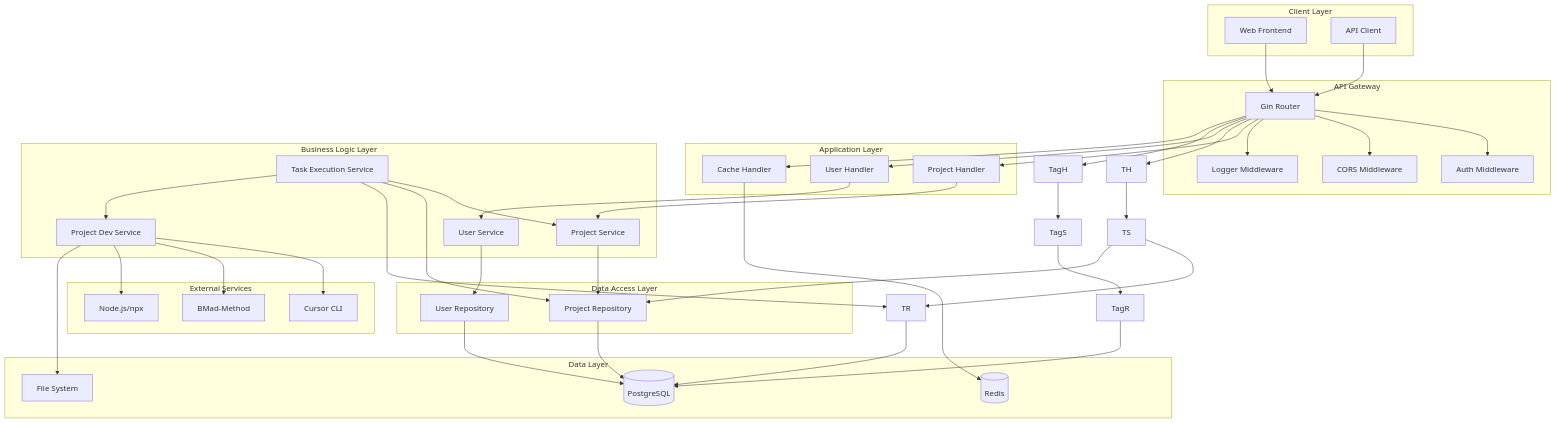
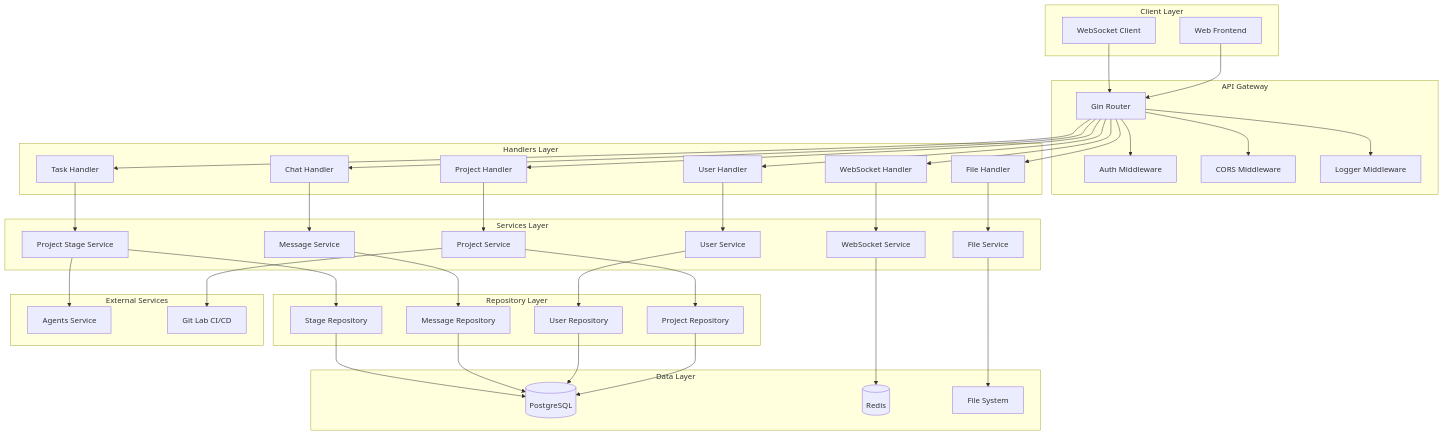
The first of 6 diagrams in backend/architect/ARCHITECTURE.md (lighthought/app-maker), drawn with Mermaid before and after one commit. The commit also changed other lines of this file and 18 other files, not shown here.

````diff
--- a/backend/architect/ARCHITECTURE.md
+++ b/backend/architect/ARCHITECTURE.md
@@ -10,7 +10,7 @@
 graph TB
     subgraph "Client Layer"
         Web[Web Frontend]
-        API[API Client]
+        WS[WebSocket Client]
     end
     
     subgraph "API Gateway"
@@ -20,72 +20,75 @@
         Logger[Logger Middleware]
     end
     
-    subgraph "Application Layer"
+    subgraph "Handlers Layer"
         PH[Project Handler]
         UH[User Handler]
-        CH[Cache Handler]
+        FH[File Handler]
+        CH[Chat Handler]
+        TH[Task Handler]
+        WH[WebSocket Handler]
     end
     
-    subgraph "Business Logic Layer"
+    subgraph "Services Layer"
         PS[Project Service]
-        TES[Task Execution Service]
-        PDS[Project Dev Service]
+        PSS[Project Stage Service]
         US[User Service]
+        MS[Message Service]
+        FS[File Service]
+        WSS[WebSocket Service]
     end
     
-    subgraph "Data Access Layer"
+    subgraph "Repository Layer"
         PR[Project Repository]
         UR[User Repository]
+        MR[Message Repository]
+        SR[Stage Repository]
     end
     
     subgraph "Data Layer"
         PG[(PostgreSQL)]
         RD[(Redis)]
-        FS[File System]
+        FS_FILE[File System]
     end
     
     subgraph "External Services"
-        Cursor[Cursor CLI]
-        BMad[BMad-Method]
-        Node[Node.js/npx]
+        Agents[Agents Service]
+        Git[Git Lab CI/CD]
     end
     
     Web --> Router
-    API --> Router
+    WS --> Router
     Router --> Auth
     Router --> CORS
     Router --> Logger
     
     Router --> PH
+    Router --> UH
+    Router --> FH
+    Router --> CH
     Router --> TH
-    Router --> UH
-    Router --> TagH
-    Router --> CH
+    Router --> WH
     
     PH --> PS
-    TH --> TS
     UH --> US
-    TagH --> TagS
-    CH --> RD
+    CH --> MS
+    FH --> FS
+    TH --> PSS
+    WH --> WSS
     
     PS --> PR
-    TS --> TR
-    TS --> PR
     US --> UR
-    TagS --> TagR
+    MS --> MR
+    PSS --> SR
     
     PR --> PG
-    TR --> PG
     UR --> PG
-    TagR --> PG
+    MR --> PG
+    SR --> PG
     
-    TES --> PS
-    TES --> PR
-    TES --> TR
-    TES --> PDS
+    PSS --> Agents
+    PS --> Git
     
-    PDS --> Cursor
-    PDS --> BMad
-    PDS --> Node
-    PDS --> FS
+    WSS --> RD
+    FS --> FS_FILE
 ```
````
